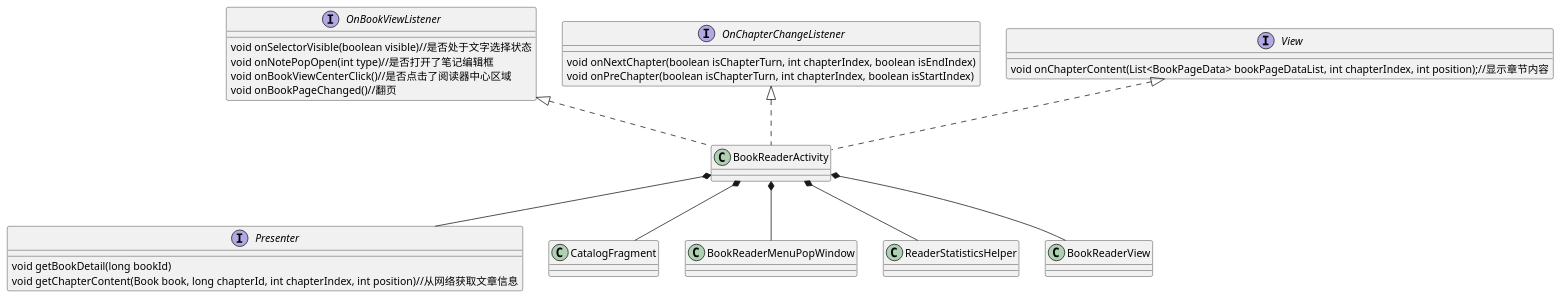
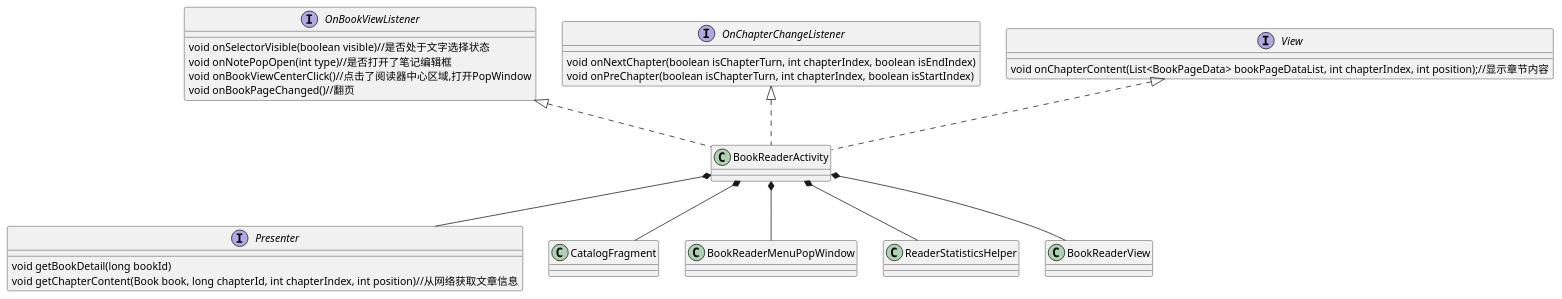
The diagram in uml/module/reader/reader.puml (yufns/uml), drawn with PlantUML before and after one commit. The commit also changed 3 other files, not shown here.

```diff
--- a/uml/module/reader/reader.puml
+++ b/uml/module/reader/reader.puml
@@ -1,42 +1,42 @@
 @startuml
 
 interface OnBookViewListener{
   void onSelectorVisible(boolean visible)//是否处于文字选择状态
   void onNotePopOpen(int type)//是否打开了笔记编辑框
-  void onBookViewCenterClick()//是否点击了阅读器中心区域
+  void onBookViewCenterClick()//点击了阅读器中心区域,打开PopWindow
   void onBookPageChanged()//翻页
 }
 
 interface OnChapterChangeListener{
   void onNextChapter(boolean isChapterTurn, int chapterIndex, boolean isEndIndex)
   void onPreChapter(boolean isChapterTurn, int chapterIndex, boolean isStartIndex)
 }
 interface  Presenter{
   void getBookDetail(long bookId)
   void getChapterContent(Book book, long chapterId, int chapterIndex, int position)//从网络获取文章信息
 }
 
 interface View{
   void onChapterContent(List<BookPageData> bookPageDataList, int chapterIndex, int position);//显示章节内容
 }
 
 
 class BookReaderActivity
 class CatalogFragment
 class BookReaderMenuPopWindow
 class ReaderStatisticsHelper
 
 
 BookReaderActivity *-- BookReaderView
 BookReaderActivity *-- CatalogFragment
 BookReaderActivity *-- BookReaderMenuPopWindow
 BookReaderActivity *-- ReaderStatisticsHelper
 BookReaderActivity *-- Presenter
 
 
 View <|.. BookReaderActivity
 OnBookViewListener <|.. BookReaderActivity
 OnChapterChangeListener <|.. BookReaderActivity
 
 
 @enduml
```
